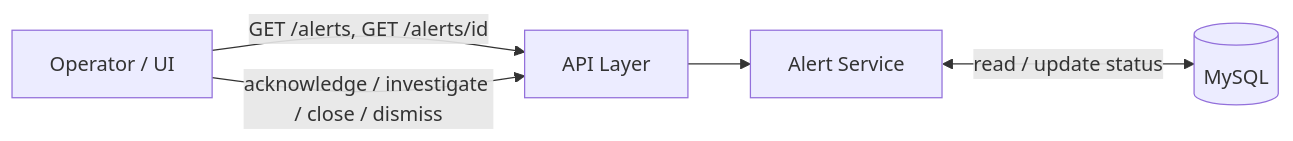
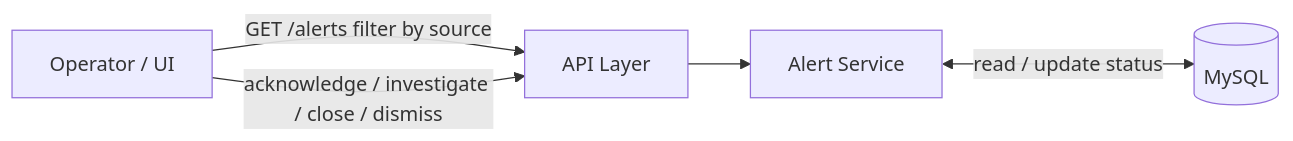
The third of 5 diagrams in docs/DFD-MVP.md (IamUsike/democd), drawn with Mermaid before and after one commit. The commit also changed other lines of this file and 10 other files, not shown here.

````diff
--- a/docs/DFD-MVP.md
+++ b/docs/DFD-MVP.md
@@ -87,12 +86,12 @@
 ```mermaid
 flowchart LR
   Operator[Operator / UI]
   API[API Layer]
   AlertSvc[Alert Service]
   DB[(MySQL)]
 
-  Operator -->|"GET /alerts, GET /alerts/id"| API
+  Operator -->|"GET /alerts filter by source"| API
   Operator -->|"acknowledge / investigate / close / dismiss"| API
   API --> AlertSvc
   AlertSvc <-->|"read / update status"| DB
 ```
````
